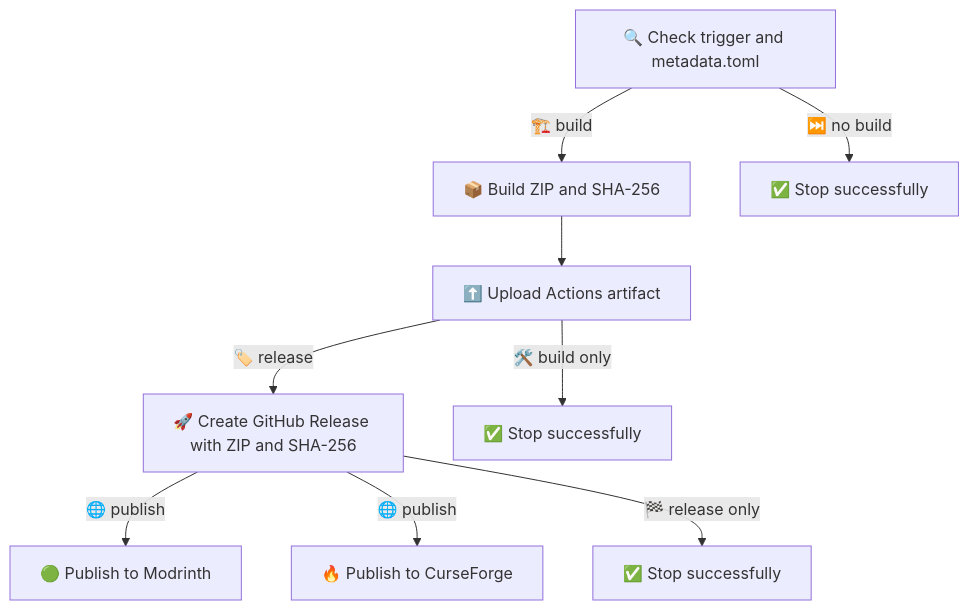
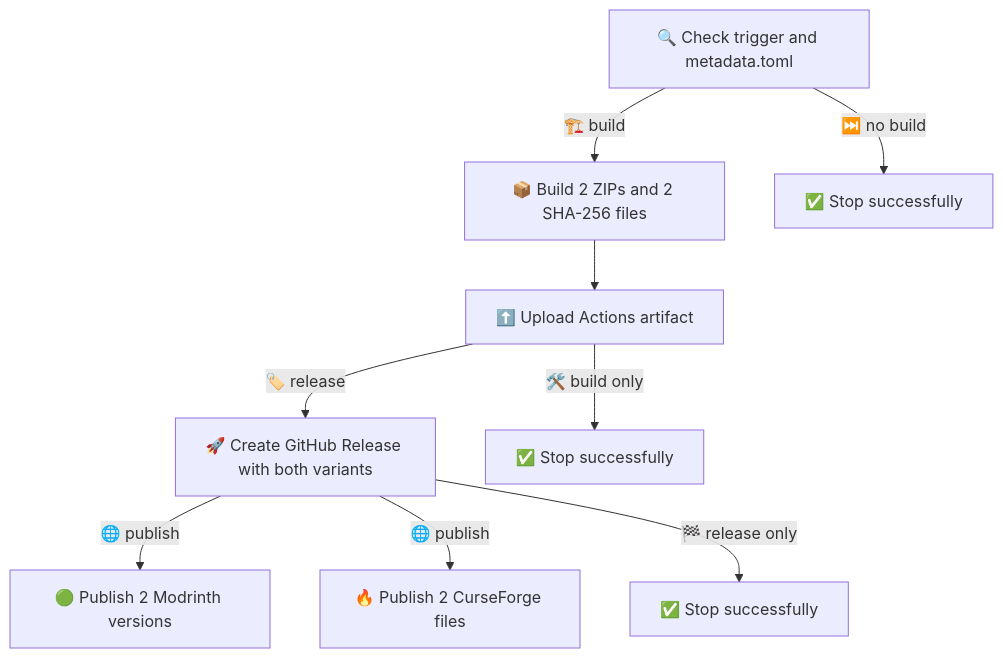
The diagram in .github/workflows/build.md (VincentZyuApps/WireSight), drawn with Mermaid before and after one commit. The commit also changed other lines of this file and 12 other files, not shown here.

First line of the commit message:
feat(release): 发布 WireSight v0.2.3 双变体兼容构建 (build publish)

````diff
--- a/.github/workflows/build.md
+++ b/.github/workflows/build.md
@@ -57,11 +57,11 @@
 ```mermaid
 flowchart TB
-    C[🔍 Check trigger and metadata.toml] -->|🏗️ build| B[📦 Build ZIP and SHA-256]
+    C[🔍 Check trigger and metadata.toml] -->|🏗️ build| B[📦 Build 2 ZIPs and 2 SHA-256 files]
     C -->|⏭️ no build| S1[✅ Stop successfully]
     B --> A[⬆️ Upload Actions artifact]
-    A -->|🏷️ release| R[🚀 Create GitHub Release with ZIP and SHA-256]
+    A -->|🏷️ release| R[🚀 Create GitHub Release with both variants]
     A -->|🛠️ build only| S2[✅ Stop successfully]
-    R -->|🌐 publish| M[🟢 Publish to Modrinth]
-    R -->|🌐 publish| F[🔥 Publish to CurseForge]
+    R -->|🌐 publish| M[🟢 Publish 2 Modrinth versions]
+    R -->|🌐 publish| F[🔥 Publish 2 CurseForge files]
     R -->|🏁 release only| S3[✅ Stop successfully]
 ```
````
